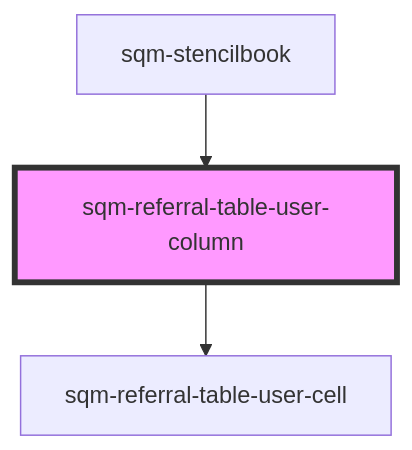
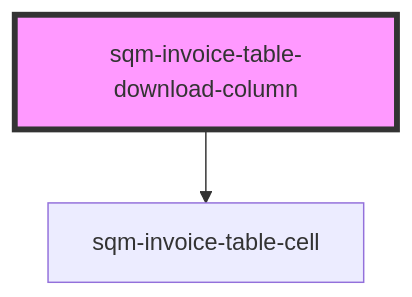
The diagram in packages/mint-components/src/components/sqm-invoice-table/columns/readme.md (saasquatch/program-tools), drawn with Mermaid before and after one commit. The commit also changed other lines of this file and 9 other files, not shown here.

````diff
--- a/packages/mint-components/src/components/sqm-invoice-table/columns/readme.md
+++ b/packages/mint-components/src/components/sqm-invoice-table/columns/readme.md
@@ -61,6 +45,5 @@
 ```mermaid
 graph TD;
-  sqm-referral-table-user-column --> sqm-referral-table-user-cell
-  sqm-stencilbook --> sqm-referral-table-user-column
-  style sqm-referral-table-user-column fill:#f9f,stroke:#333,stroke-width:4px
+  sqm-invoice-table-download-column --> sqm-invoice-table-cell
+  style sqm-invoice-table-download-column fill:#f9f,stroke:#333,stroke-width:4px
 ```
````
